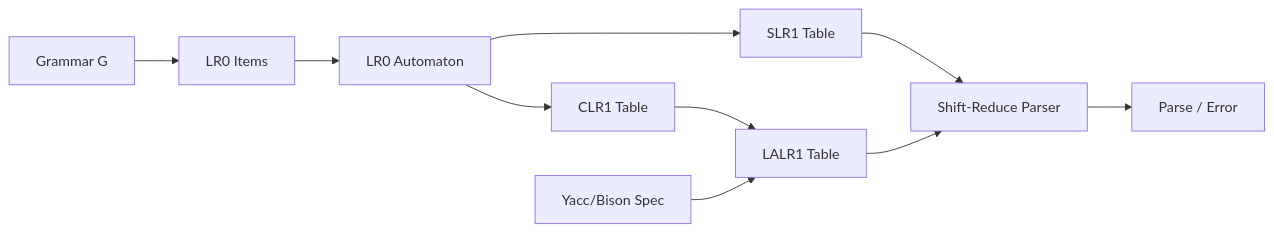
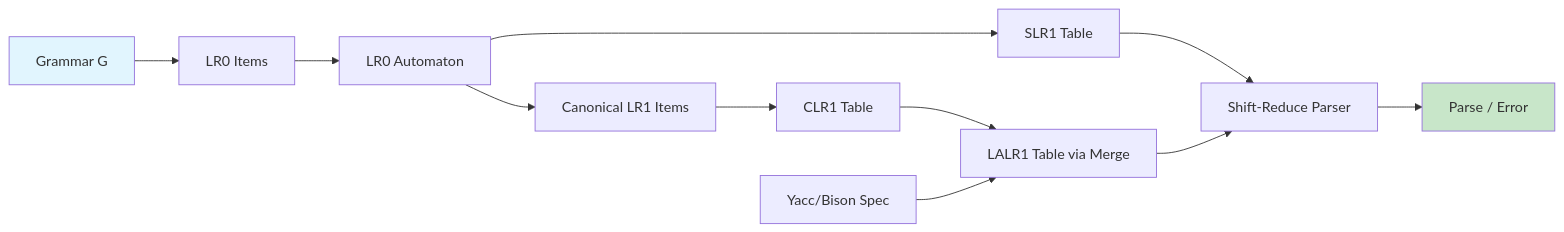
The diagram in docs/courses/compiler-design/04-parsing-bottomup.md (Raushan666java/ai-engineering-journey), drawn with Mermaid before and after one commit. The commit also changed other lines of this file and 41 other files, not shown here.

````diff
--- a/docs/courses/compiler-design/04-parsing-bottomup.md
+++ b/docs/courses/compiler-design/04-parsing-bottomup.md
@@ -26,12 +27,15 @@
 ```mermaid
 flowchart LR
     A[Grammar G] --> B[LR0 Items]
     B --> C[LR0 Automaton]
     C --> D[SLR1 Table]
-    C --> E[CLR1 Table]
-    E --> F[LALR1 Table]
-    D --> G[Shift-Reduce Parser]
-    F --> G
-    G --> H[Parse / Error]
-    I[Yacc/Bison Spec] --> F
+    C --> E[Canonical LR1 Items]
+    E --> F[CLR1 Table]
+    F --> G[LALR1 Table via Merge]
+    D --> H[Shift-Reduce Parser]
+    G --> H
+    H --> I[Parse / Error]
+    J[Yacc/Bison Spec] --> G
+    style A fill:#e1f5fe
+    style I fill:#c8e6c9
 ```
````
